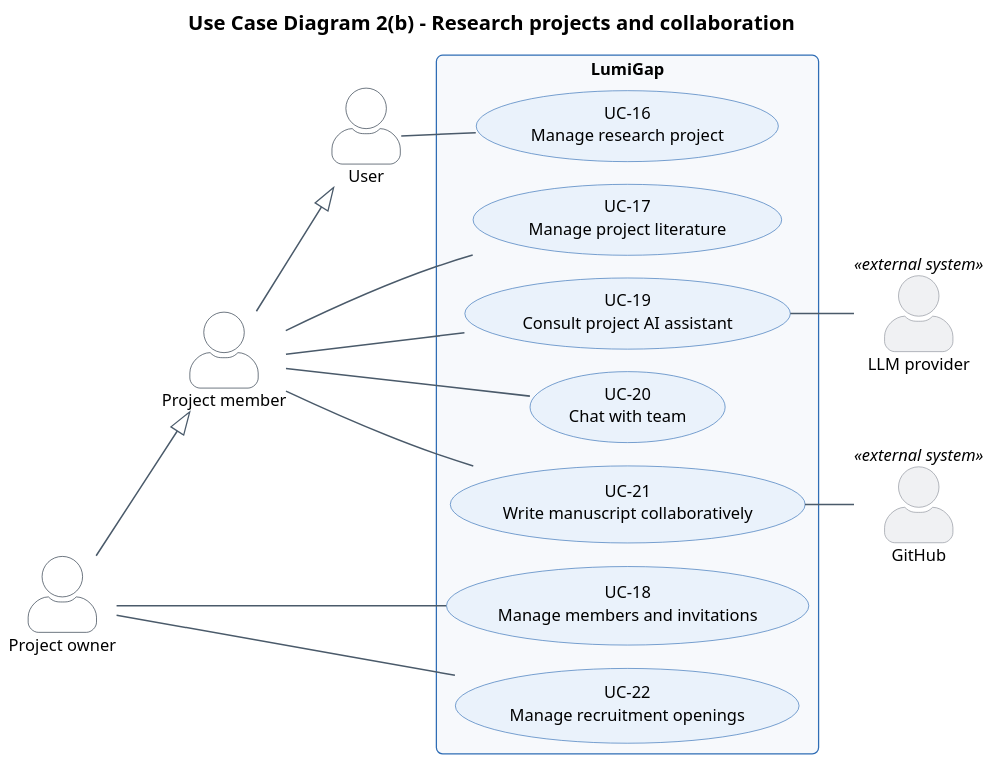
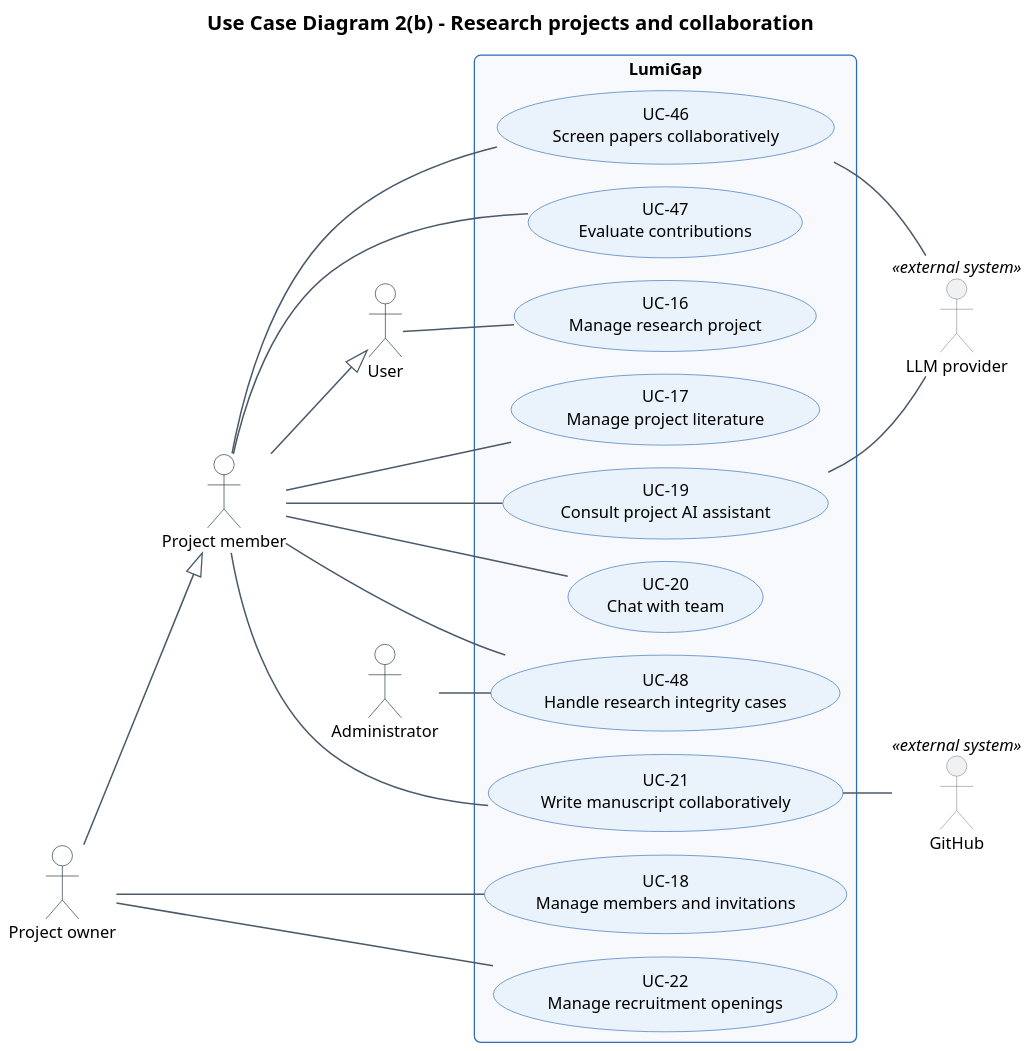
One commit to Khoa-Hoa-Technology-Solution-Company/lumi-gap changed the diagram in docs/diagrams/report3/R3_UseCase_2b_Projects.puml. Above: the diagram before and after it, drawn with PlantUML. The commit also changed 48 other files, not shown here.

First line of the commit message:
docs: update diagrams to main 38bd889

```diff
--- a/docs/diagrams/report3/R3_UseCase_2b_Projects.puml
+++ b/docs/diagrams/report3/R3_UseCase_2b_Projects.puml
@@ -2,62 +2,70 @@
 @startuml
 !pragma layout smetana
 skinparam dpi 150
 skinparam defaultFontName "Segoe UI"
 skinparam defaultFontSize 13
 skinparam shadowing false
 skinparam roundCorner 10
 skinparam ArrowColor #4A5A6A
 skinparam ArrowThickness 1.2
 skinparam BorderColor #2F6DB5
 skinparam BackgroundColor #FFFFFF
 skinparam TitleFontSize 16
 skinparam TitleFontStyle bold
 skinparam usecase {
   BackgroundColor #EAF2FB
   BorderColor #2F6DB5
 }
 skinparam actor {
   BackgroundColor #FFFFFF
   BorderColor #1B2A3A
 }
 skinparam entity {
   BackgroundColor #F7FAFD
   BorderColor #2F6DB5
 }
 skinparam rectangle {
   BackgroundColor #F7F9FC
   BorderColor #2F6DB5
 }
-skinparam actorStyle awesome
 skinparam actor<<external system>> {
   BackgroundColor #F0F1F3
   BorderColor #8A8F98
 }
 left to right direction
 title Use Case Diagram 2(b) - Research projects and collaboration
 actor "User" as U
 actor "Project member" as PM
 actor "Project owner" as PO
 actor "LLM provider" as LLM <<external system>>
 actor "GitHub" as GH <<external system>>
+actor "Administrator" as AD
 rectangle "LumiGap" {
   usecase "UC-16\nManage research project" as UC16
   usecase "UC-18\nManage members and invitations" as UC18
   usecase "UC-22\nManage recruitment openings" as UC22
   usecase "UC-17\nManage project literature" as UC17
   usecase "UC-19\nConsult project AI assistant" as UC19
   usecase "UC-20\nChat with team" as UC20
   usecase "UC-21\nWrite manuscript collaboratively" as UC21
+  usecase "UC-46\nScreen papers collaboratively" as UC46
+  usecase "UC-47\nEvaluate contributions" as UC47
+  usecase "UC-48\nHandle research integrity cases" as UC48
 }
 PM --|> U
 PO --|> PM
 U -- UC16
 PO -- UC18
 PO -- UC22
 PM -- UC17
 PM -- UC19
 PM -- UC20
 PM -- UC21
 UC19 -- LLM
 UC21 -- GH
+PM -- UC46
+PM -- UC47
+PM -- UC48
+UC46 -- LLM
+AD -- UC48
 @enduml
```
